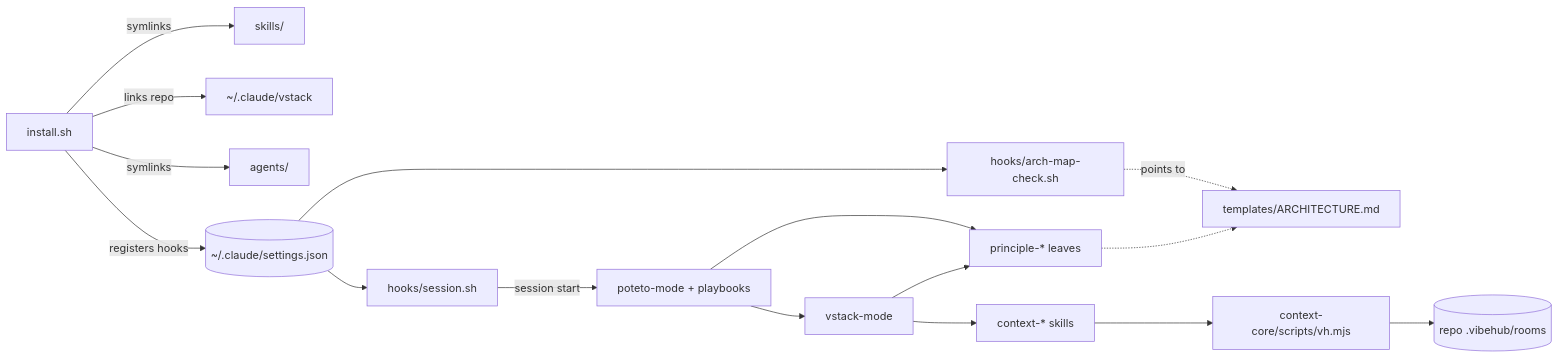
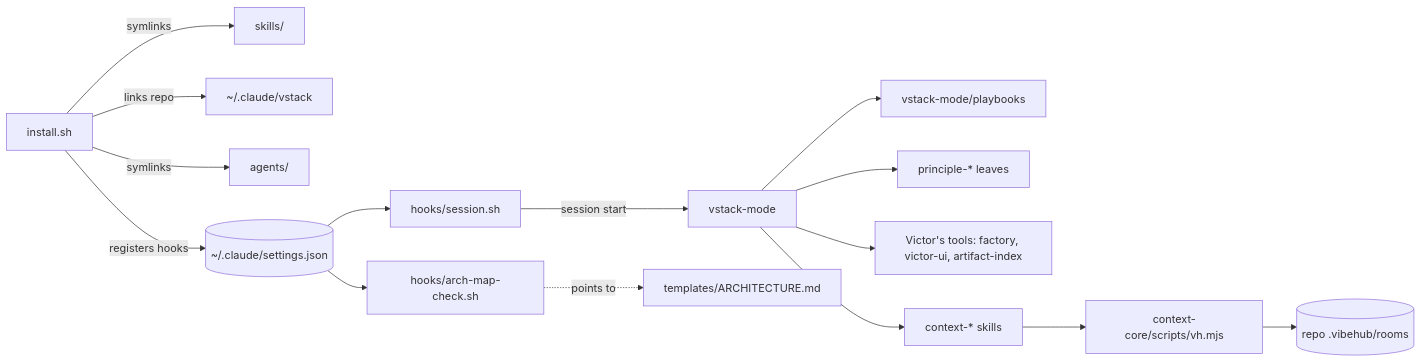
Before and after one commit to V1ctor2182/vstack: the diagram in ARCHITECTURE.md, drawn with Mermaid. The commit also changed other lines of this file and 515 other files, not shown here.

First line of the commit message:
feat!: one mode, pruned skills, and Victor's rules in existing files (#25)

````diff
--- a/ARCHITECTURE.md
+++ b/ARCHITECTURE.md
@@ -11,18 +11,17 @@
 ```mermaid
 flowchart LR
   install[install.sh] -->|symlinks| skills[skills/]
   install -->|links repo| home[~/.claude/vstack]
   install -->|symlinks| agents[agents/]
   install -->|registers hooks| settings[(~/.claude/settings.json)]
   settings --> session[hooks/session.sh]
-  session -->|session start| poteto[poteto-mode + playbooks]
-  poteto --> mode[vstack-mode]
-  poteto --> principles[principle-* leaves]
-  mode --> principles
+  session -->|session start| mode[vstack-mode]
+  mode --> playbooks[vstack-mode/playbooks]
+  mode --> principles[principle-* leaves]
+  mode --> tools[Victor's tools: factory, victor-ui, artifact-index]
   settings --> hook[hooks/arch-map-check.sh]
   hook -.->|points to| template[templates/ARCHITECTURE.md]
-  principles -.-> template
   mode --> ctx[context-* skills]
   ctx --> vh[context-core/scripts/vh.mjs]
   vh --> rooms[(repo .vibehub/rooms)]
 ```
````
